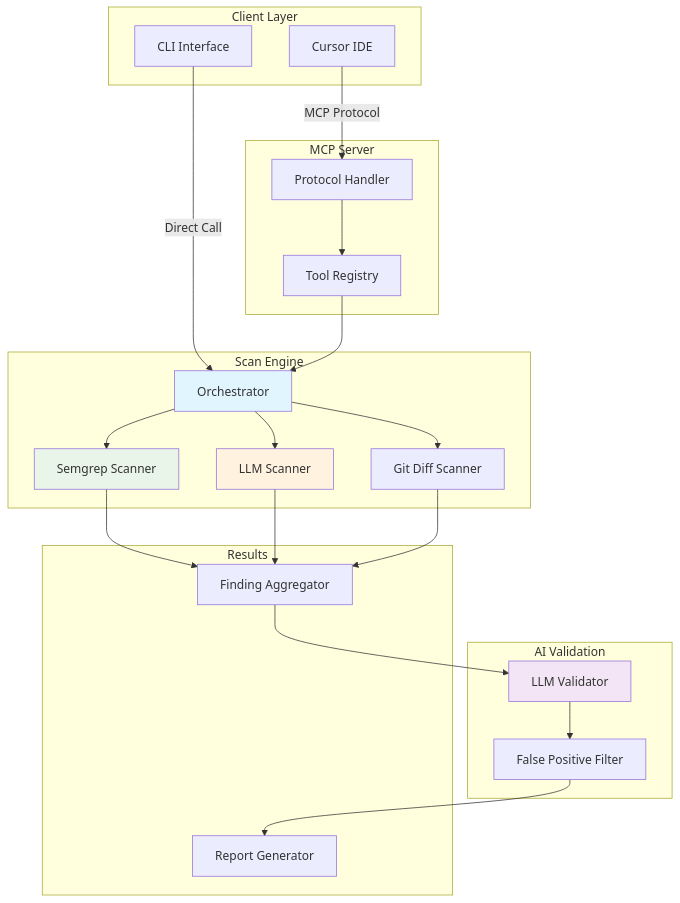
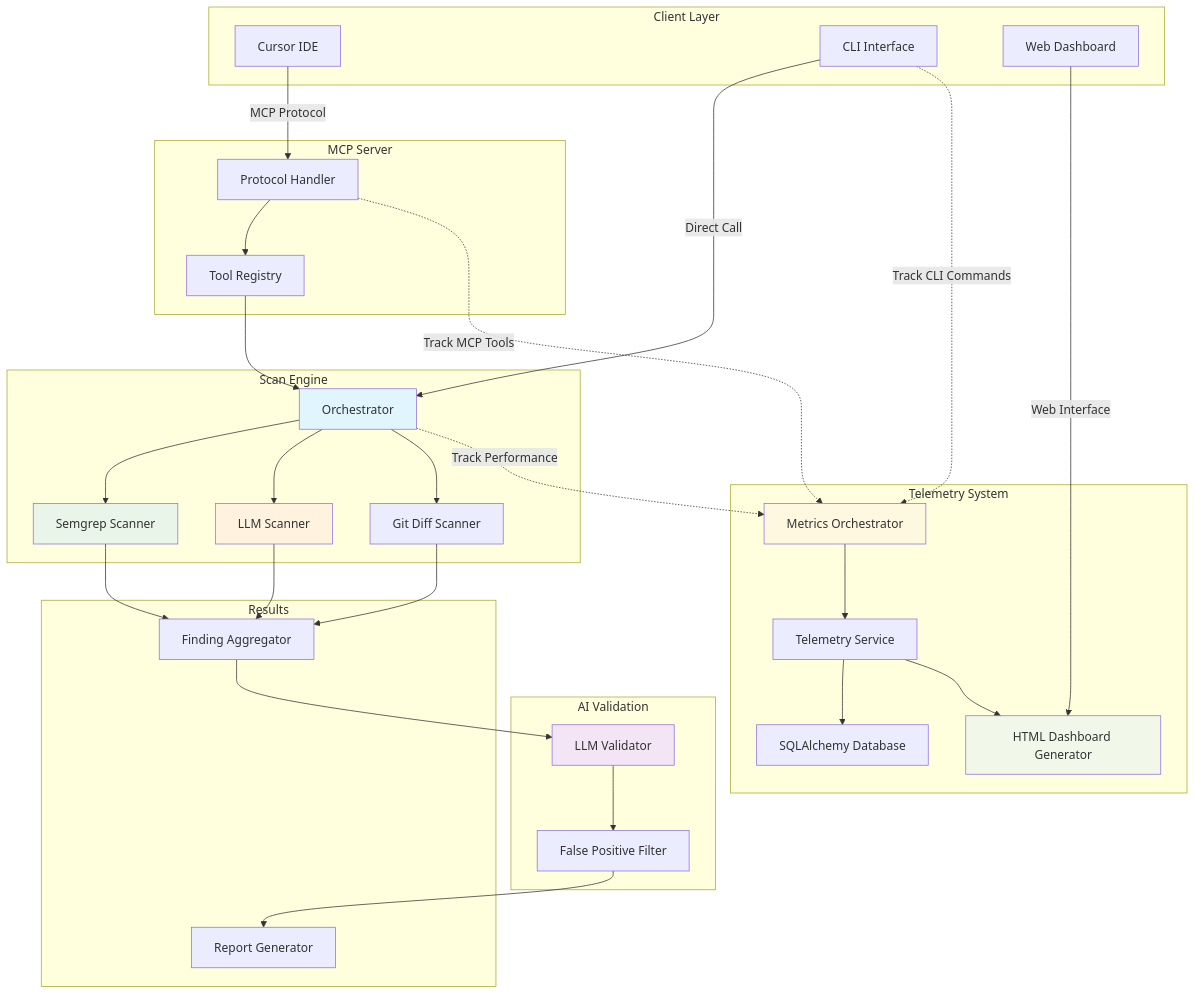
The diagram in README.md (brettbergin/adversary-mcp-server), drawn with Mermaid before and after one commit. The commit also changed other lines of this file and 71 other files, not shown here.

````diff
--- a/README.md
+++ b/README.md
@@ -283,51 +314,69 @@
 ```mermaid
 graph TB
     subgraph "Client Layer"
         A[Cursor IDE]
         B[CLI Interface]
+        C[Web Dashboard]
     end
 
     subgraph "MCP Server"
-        C[Protocol Handler]
-        D[Tool Registry]
+        D[Protocol Handler]
+        E[Tool Registry]
     end
 
     subgraph "Scan Engine"
-        E[Orchestrator]
-        F[Semgrep Scanner]
-        G[LLM Scanner]
-        H[Git Diff Scanner]
+        F[Orchestrator]
+        G[Semgrep Scanner]
+        H[LLM Scanner]
+        I[Git Diff Scanner]
     end
 
     subgraph "AI Validation"
-        I[LLM Validator]
-        J[False Positive Filter]
+        J[LLM Validator]
+        K[False Positive Filter]
+    end
+
+    subgraph "Telemetry System"
+        L[Metrics Orchestrator]
+        M[Telemetry Service]
+        N[SQLAlchemy Database]
+        O[HTML Dashboard Generator]
     end
 
     subgraph "Results"
-        K[Finding Aggregator]
-        L[Report Generator]
+        P[Finding Aggregator]
+        Q[Report Generator]
     end
 
-    A -->|MCP Protocol| C
-    B -->|Direct Call| E
-    C --> D
+    A -->|MCP Protocol| D
+    B -->|Direct Call| F
+    C -->|Web Interface| O
     D --> E
+    E --> F
 
-    E --> F
-    E --> G
-    E --> H
+    F --> G
+    F --> H
+    F --> I
+    F -.->|Track Performance| L
 
-    F --> K
-    G --> K
-    H --> K
+    G --> P
+    H --> P
+    I --> P
 
-    K --> I
-    I --> J
-    J --> L
+    P --> J
+    J --> K
+    K --> Q
 
-    style E fill:#e1f5fe
-    style I fill:#f3e5f5
-    style F fill:#e8f5e8
-    style G fill:#fff3e0
+    L --> M
+    M --> N
+    M --> O
+    D -.->|Track MCP Tools| L
+    B -.->|Track CLI Commands| L
+
+    style F fill:#e1f5fe
+    style J fill:#f3e5f5
+    style G fill:#e8f5e8
+    style H fill:#fff3e0
+    style L fill:#fff8e1
+    style O fill:#f1f8e9
 ```
````
